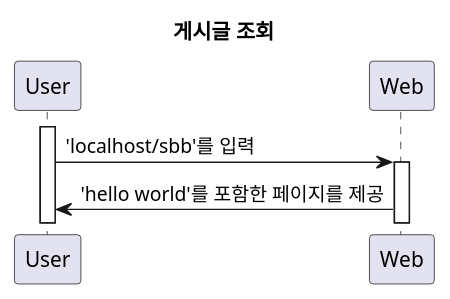
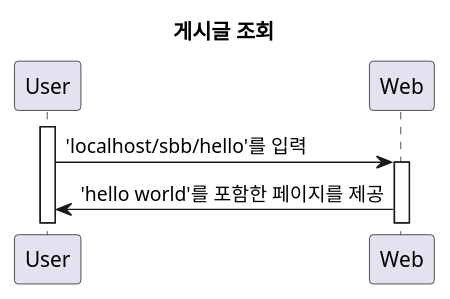
The diagram in 01_Spring_Boot/01_workspace/sbb/01_sbb.md (wooheaven/Spring-Study), drawn with PlantUML before and after one commit. The commit also changed 2 other files, not shown here.

Commit message:
#144-sbb-hello ``` modified:   01_Spring_Boot/01_workspace/sbb/01_sbb.md new file:   01_Spring_Boot/01_workspace/sbb/02_sbb_API.md new file:   01_Spring_Boot/01_workspace/sbb/src/main/java/com/mysite/sbb/HelloController.java ```

````diff
--- a/01_Spring_Boot/01_workspace/sbb/01_sbb.md
+++ b/01_Spring_Boot/01_workspace/sbb/01_sbb.md
@@ -1,16 +1,16 @@
 ```plantuml
 @startuml
 
 participant User as U
 participant Web as W
 
 title 게시글 조회
 
 activate U
-U -> W : 'localhost/sbb'를 입력
+U -> W : 'localhost/sbb/hello'를 입력
 
 activate W
 W -> U : 'hello world'를 포함한 페이지를 제공
 
 @enduml
 ```
````
